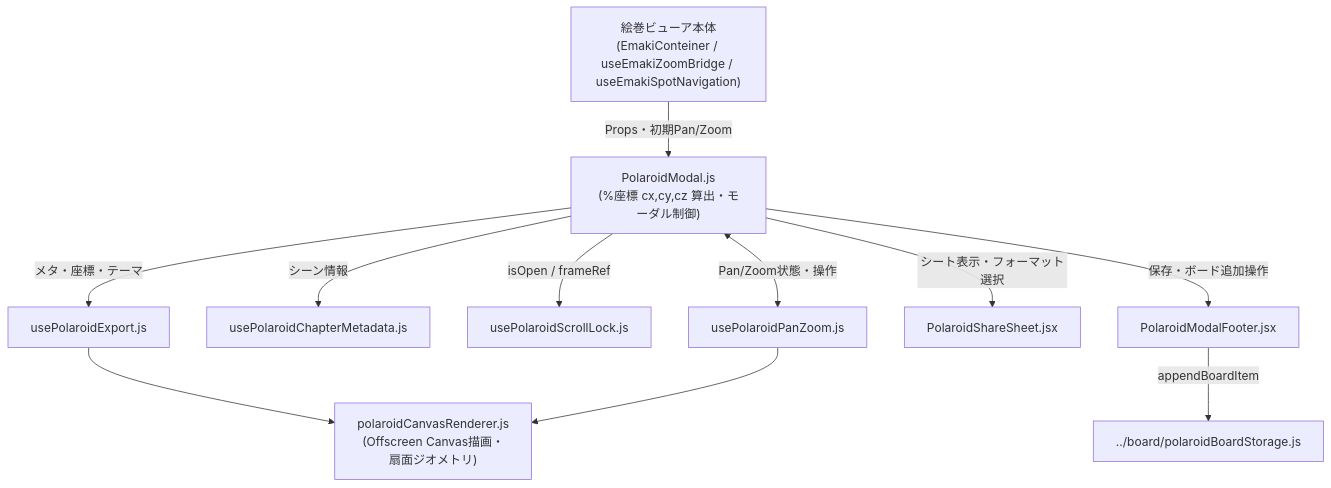
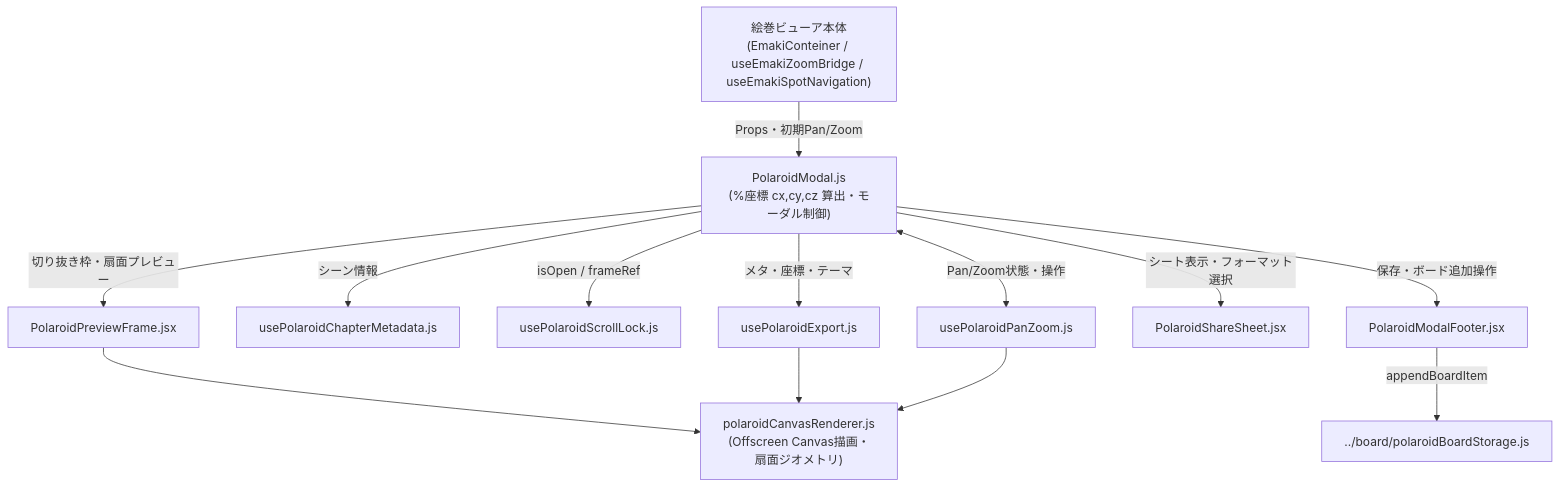
One commit to satoshi-create/emakimono-next changed the first of 2 diagrams in src/components/emaki/viewer/polaroid/SPEC.md. Above: the diagram before and after it, drawn with Mermaid. The commit also changed other lines of this file and 2 other files, not shown here.

Commit message:
refactor(polaroid): split board, home public boards, and modal into cohesive hooks and subcomponents

````diff
--- a/src/components/emaki/viewer/polaroid/SPEC.md
+++ b/src/components/emaki/viewer/polaroid/SPEC.md
@@ -7,15 +7,17 @@
 ```mermaid
 graph TD
     Parent["絵巻ビューア本体<br/>(EmakiConteiner / useEmakiZoomBridge / useEmakiSpotNavigation)"] -->|Props・初期Pan/Zoom| Modal["PolaroidModal.js<br/>(%座標 cx,cy,cz 算出・モーダル制御)"]
 
     Modal <-->|Pan/Zoom状態・操作| PanZoom["usePolaroidPanZoom.js"]
     Modal -->|シーン情報| Meta["usePolaroidChapterMetadata.js"]
     Modal -->|isOpen / frameRef| ScrollLock["usePolaroidScrollLock.js"]
     Modal -->|メタ・座標・テーマ| Export["usePolaroidExport.js"]
+    Modal -->|切り抜き枠・扇面プレビュー| PreviewFrame["PolaroidPreviewFrame.jsx"]
     Modal -->|シート表示・フォーマット選択| ShareSheet["PolaroidShareSheet.jsx"]
     Modal -->|保存・ボード追加操作| Footer["PolaroidModalFooter.jsx"]
 
-    Export --> Renderer["polaroidCanvasRenderer.js<br/>(Offscreen Canvas描画・扇面ジオメトリ)"]
+    PreviewFrame --> Renderer["polaroidCanvasRenderer.js<br/>(Offscreen Canvas描画・扇面ジオメトリ)"]
+    Export --> Renderer
     PanZoom --> Renderer
     Footer -->|appendBoardItem| BoardStorage["../board/polaroidBoardStorage.js"]
 ```
````
